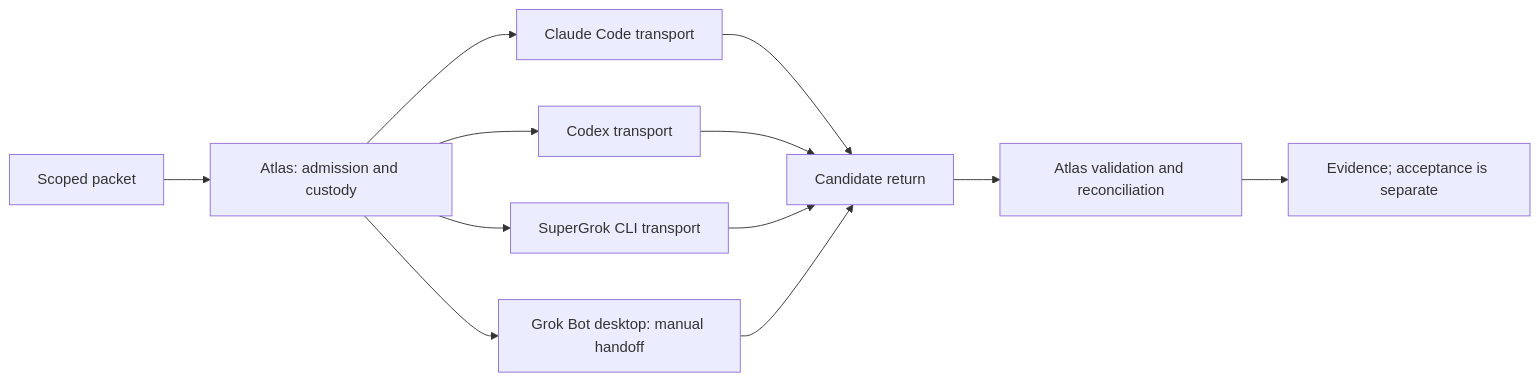
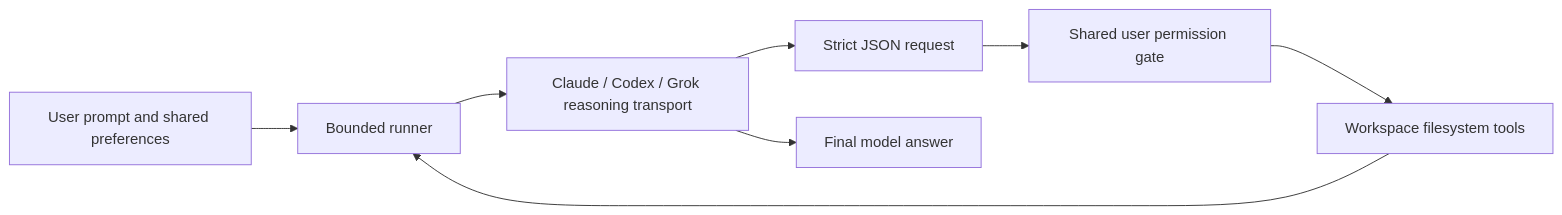
Before and after one commit to MyAtlasAgent/atlas-connectors: the diagram in docs/ARCHITECTURE.md, drawn with Mermaid. The commit also changed other lines of this file and 25 other files, not shown here.

````diff
--- a/docs/ARCHITECTURE.md
+++ b/docs/ARCHITECTURE.md
@@ -3,14 +3,10 @@
 ```mermaid
 flowchart LR
-    P[Scoped packet] --> A[Atlas: admission and custody]
-    A --> C[Claude Code transport]
-    A --> O[Codex transport]
-    A --> G[SuperGrok CLI transport]
-    A --> M[Grok Bot desktop: manual handoff]
-    C --> R[Candidate return]
-    O --> R
-    G --> R
-    M --> R
-    R --> V[Atlas validation and reconciliation]
-    V --> E[Evidence; acceptance is separate]
+    U[User prompt and shared preferences] --> R[Bounded runner]
+    R --> C[Claude / Codex / Grok reasoning transport]
+    C --> J[Strict JSON request]
+    J --> P[Shared user permission gate]
+    P --> F[Workspace filesystem tools]
+    F --> R
+    C --> A[Final model answer]
 ```
````
